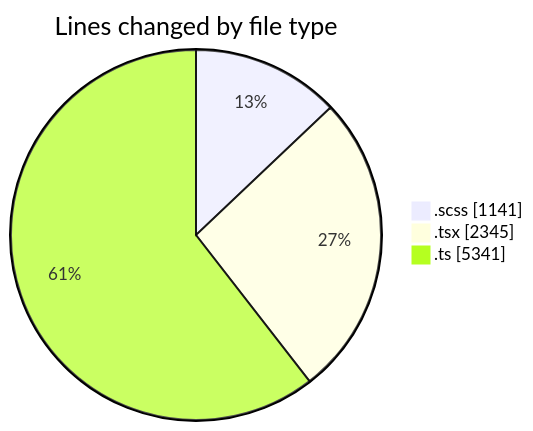
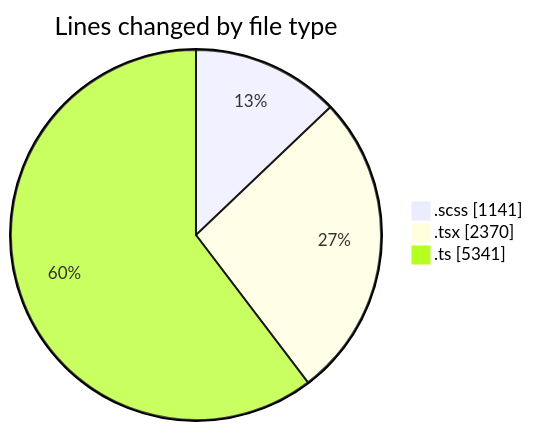
The first of 2 diagrams in 2025-03-28/cda/README.md (momahboobian/code-tracking), drawn with Mermaid before and after one commit. The commit also changed other lines of this file and 1 other file, not shown here.

````diff
--- a/2025-03-28/cda/README.md
+++ b/2025-03-28/cda/README.md
@@ -36,7 +36,7 @@
 ```mermaid
 pie showData
 title Lines changed by file type
 ".scss" : 1141
-".tsx" : 2345
+".tsx" : 2370
 ".ts" : 5341
 ```
````
